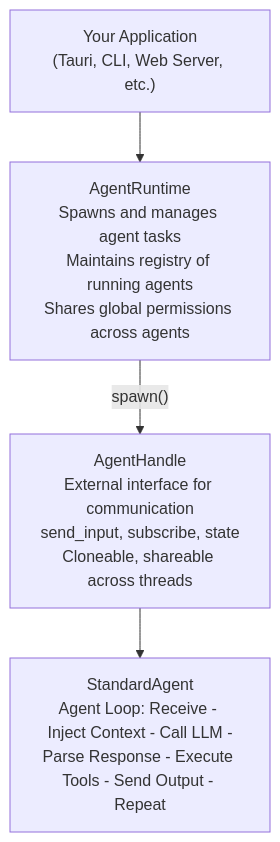
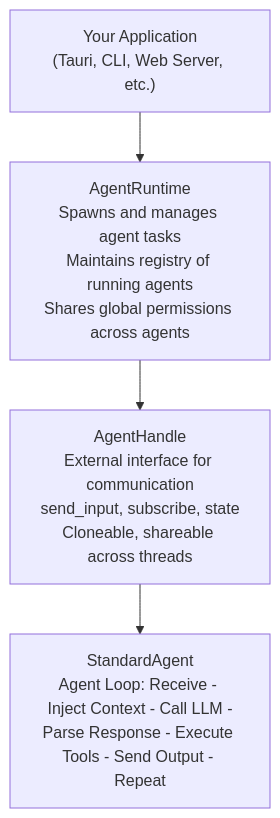
The diagram in docs/introduction.mdx (HourSense/picrust), drawn with Mermaid before and after one commit. The commit also changed 9 other files, not shown here.

Commit message:
Add custom CSS for Mermaid diagrams and update documentation for improved clarity with HTML line breaks.

````diff
--- a/docs/introduction.mdx
+++ b/docs/introduction.mdx
@@ -146,11 +146,11 @@
 ```mermaid
 flowchart TB
-    App["Your Application\n(Tauri, CLI, Web Server, etc.)"]
-    Runtime["AgentRuntime\nSpawns and manages agent tasks\nMaintains registry of running agents\nShares global permissions across agents"]
-    Handle["AgentHandle\nExternal interface for communication\nsend_input, subscribe, state\nCloneable, shareable across threads"]
-    Agent["StandardAgent\nAgent Loop: Receive - Inject Context - Call LLM -\nParse Response - Execute Tools - Send Output - Repeat"]
+    App["Your Application<br/>(Tauri, CLI, Web Server, etc.)"]
+    Runtime["AgentRuntime<br/>Spawns and manages agent tasks<br/>Maintains registry of running agents<br/>Shares global permissions across agents"]
+    Handle["AgentHandle<br/>External interface for communication<br/>send_input, subscribe, state<br/>Cloneable, shareable across threads"]
+    Agent["StandardAgent<br/>Agent Loop: Receive - Inject Context - Call LLM -<br/>Parse Response - Execute Tools - Send Output - Repeat"]
 
     App --> Runtime
-    Runtime -- "spawn()" --> Handle
+    Runtime --> Handle
     Handle --> Agent
 ```
````
